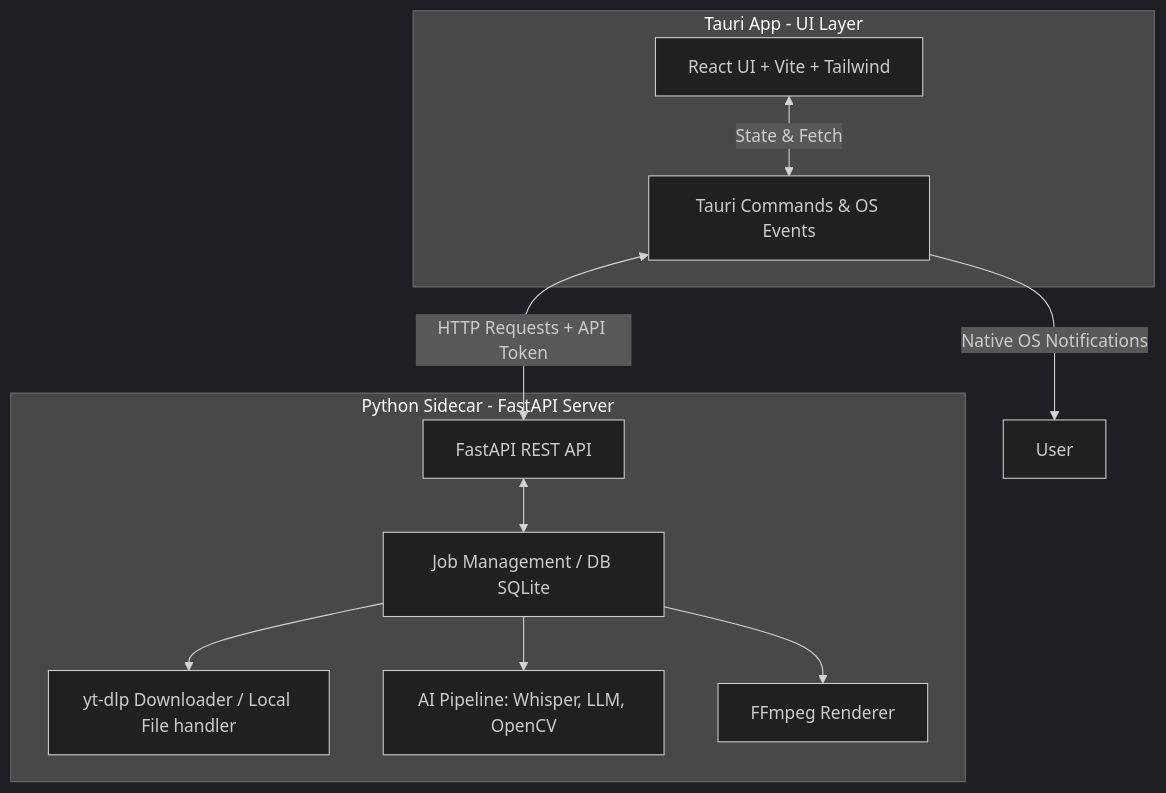
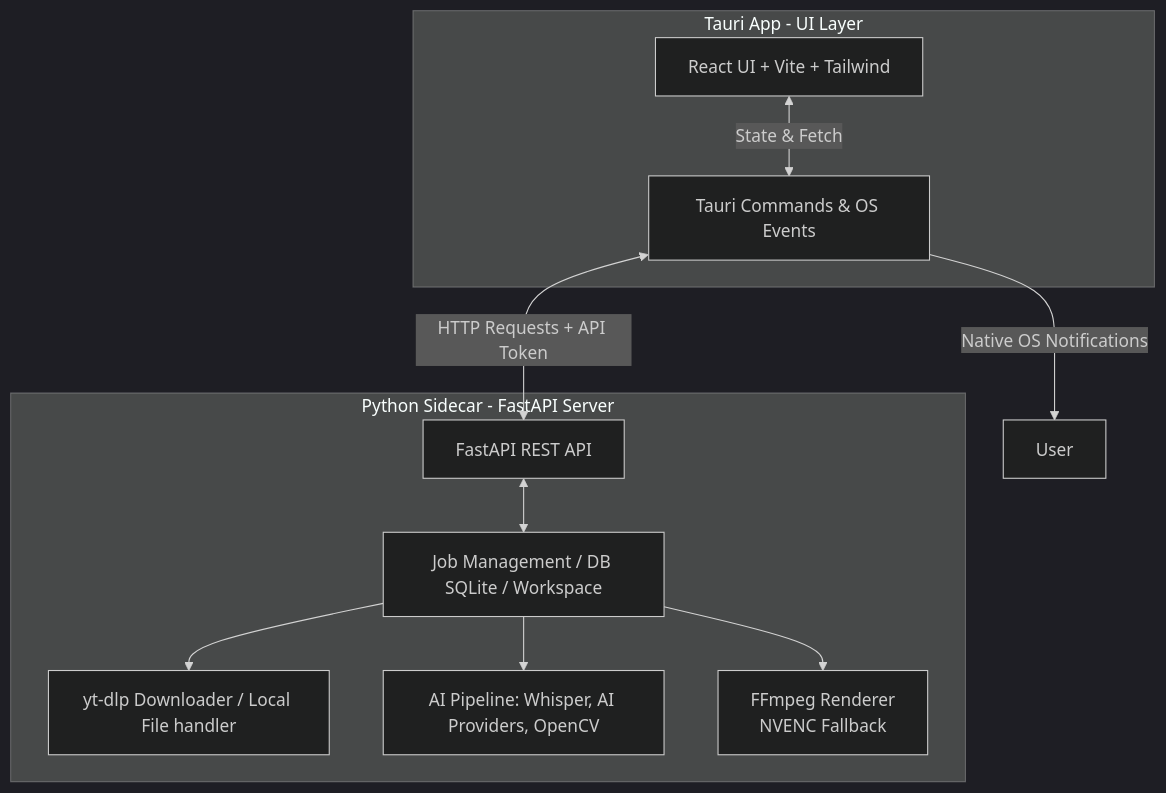
Before and after one commit to DhimasPH/auto-clipper: the first of 2 diagrams in TECHNICAL_DESIGN.md, drawn with Mermaid (dark theme). The commit also changed other lines of this file and 2 other files, not shown here.

Commit message:
docs: add project workspaces, AI provider registry, manual editor mode, and hardware encoding fallback details

````diff
--- a/TECHNICAL_DESIGN.md
+++ b/TECHNICAL_DESIGN.md
@@ -9,24 +9,24 @@
 ```mermaid
 graph TD
     subgraph Frontend [Tauri App - UI Layer]
         A[React UI + Vite + Tailwind] 
         B[Tauri Commands & OS Events]
         A <-->|State & Fetch| B
     end
 
     subgraph Backend [Python Sidecar - FastAPI Server]
         C[FastAPI REST API]
-        D[Job Management / DB SQLite]
+        D[Job Management / DB SQLite / Workspace]
         E[yt-dlp Downloader / Local File handler]
-        F[AI Pipeline: Whisper, LLM, OpenCV]
-        G[FFmpeg Renderer]
+        F[AI Pipeline: Whisper, AI Providers, OpenCV]
+        G[FFmpeg Renderer <br/> NVENC Fallback]
         
         C <--> D
         D --> E
         D --> F
         D --> G
     end
 
     B <-->|HTTP Requests + API Token| C
     B -->|Native OS Notifications| User
 ```
````
